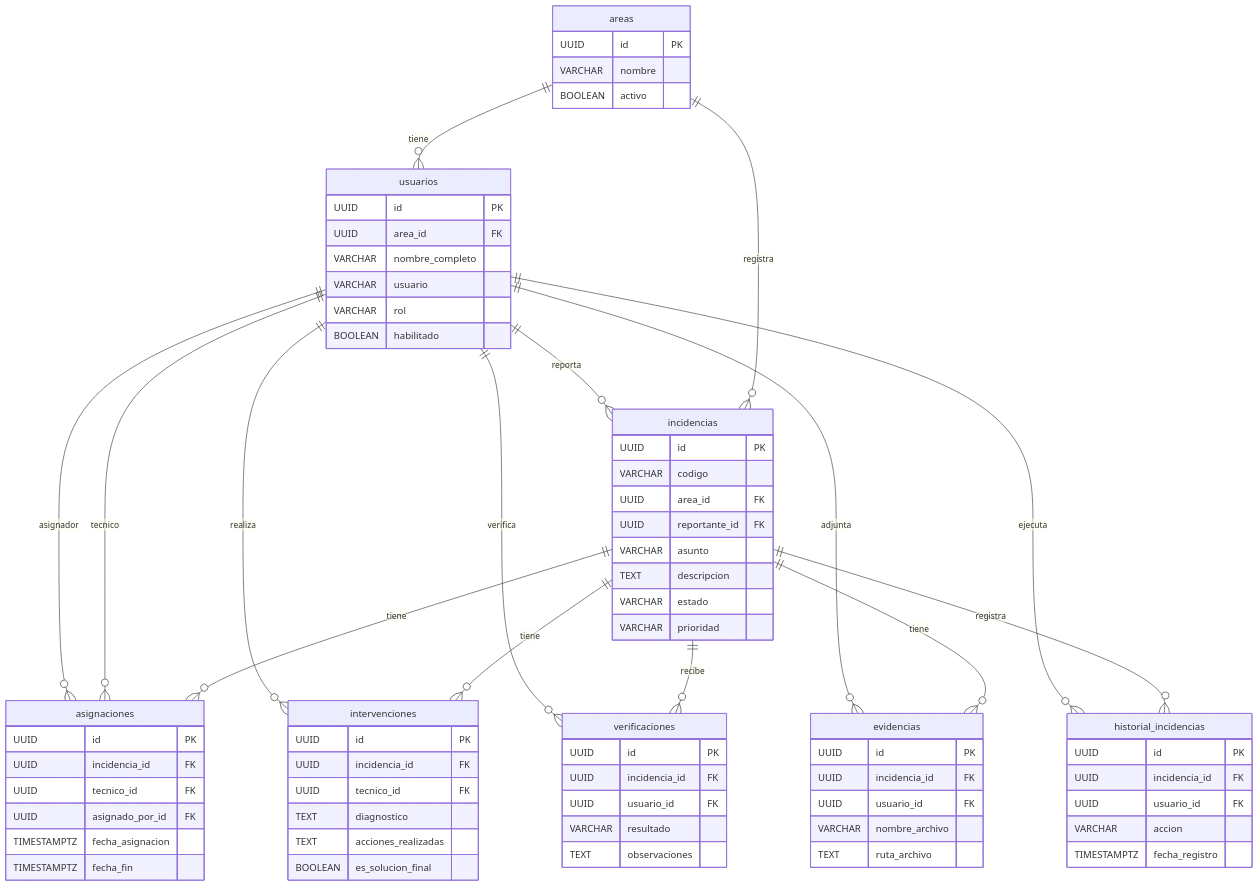
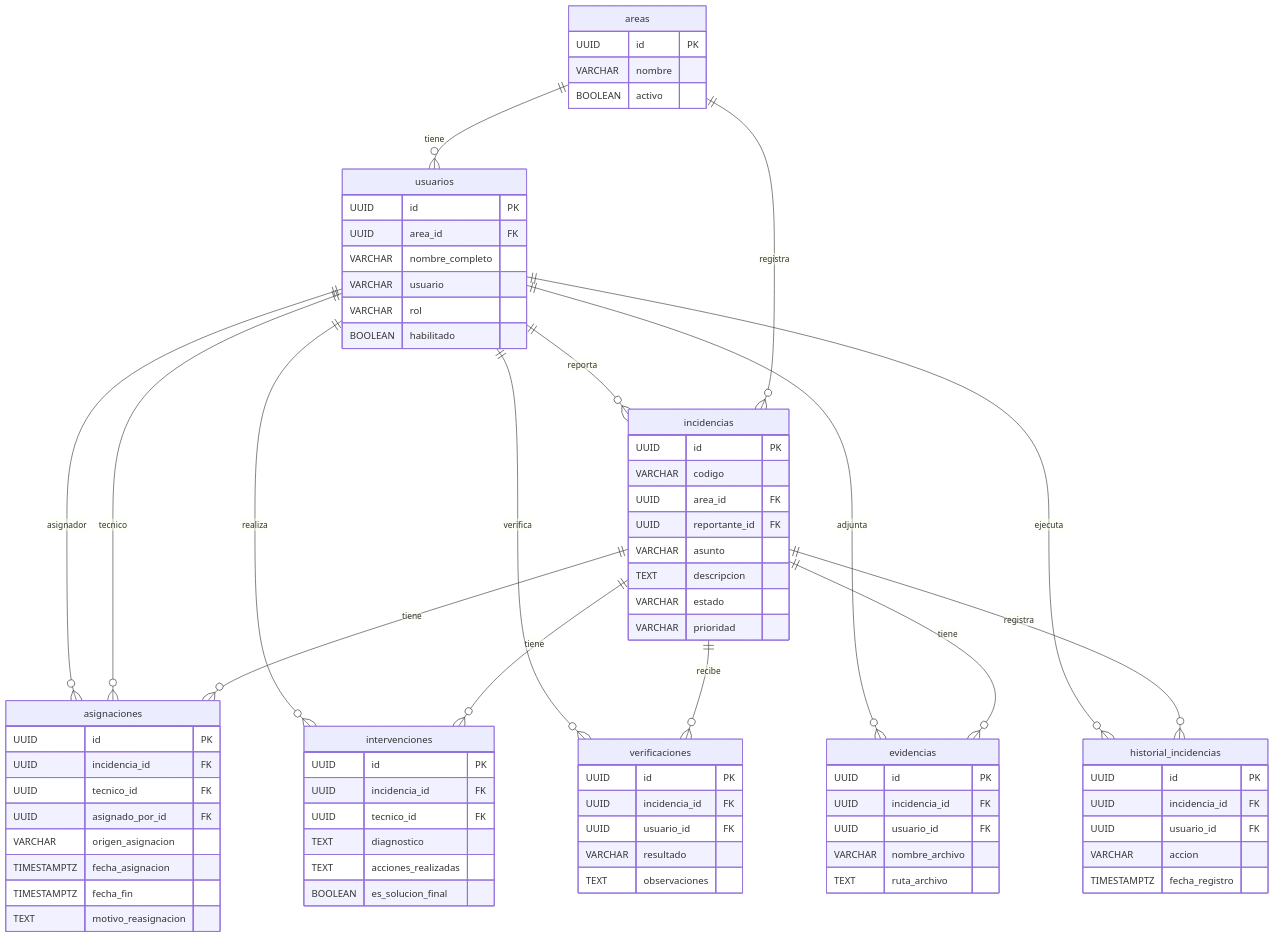
The diagram in database/modelo_entidad_relacion_mvp.md (aybarcarbajalastridxiomara-prog/soporte-ti-grocio-prado), drawn with Mermaid before and after one commit. The commit also changed other lines of this file, not shown here.

```diff
--- a/database/modelo_entidad_relacion_mvp.md
+++ b/database/modelo_entidad_relacion_mvp.md
@@ -56,14 +56,16 @@
         VARCHAR estado
         VARCHAR prioridad
     }
-
+    
     asignaciones {
         UUID id PK
         UUID incidencia_id FK
         UUID tecnico_id FK
         UUID asignado_por_id FK
+        VARCHAR origen_asignacion
         TIMESTAMPTZ fecha_asignacion
         TIMESTAMPTZ fecha_fin
+        TEXT motivo_reasignacion
     }
 
     intervenciones {
```
